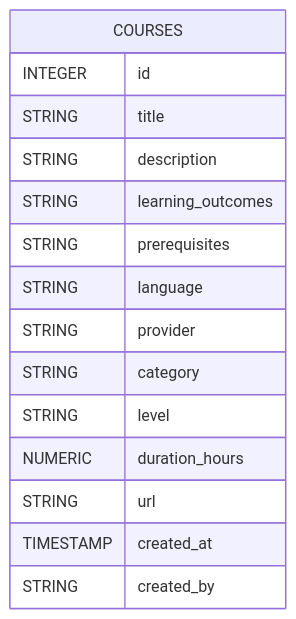
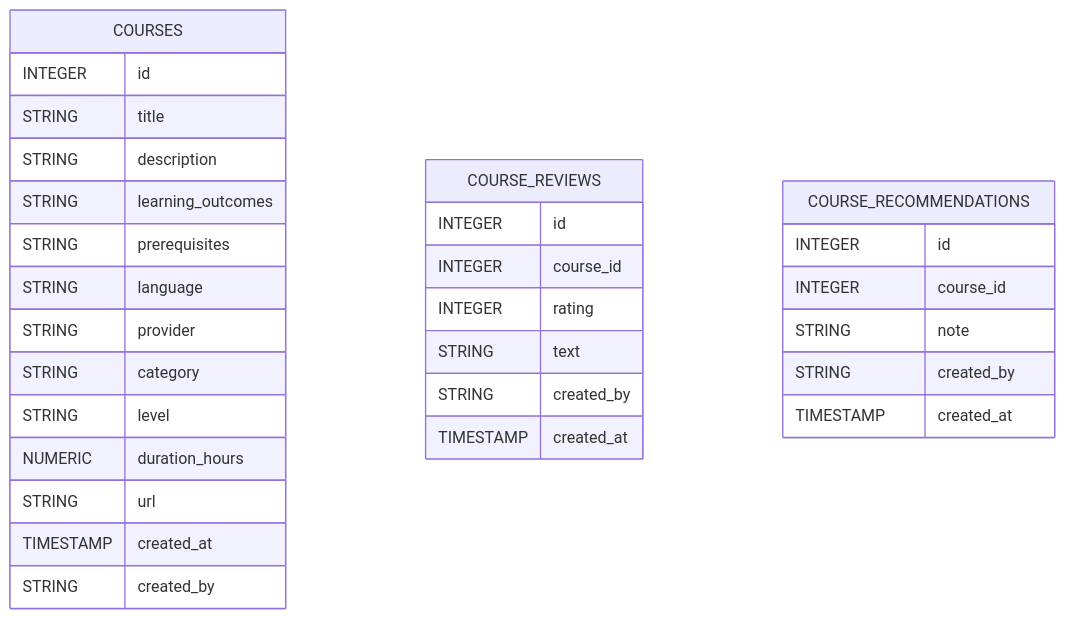
The seventh of 15 diagrams in docs/architecture_backend.md (JustinMelger/Upstream), drawn with Mermaid before and after one commit. The commit also changed other lines of this file and 58 other files, not shown here.

````diff
--- a/docs/architecture_backend.md
+++ b/docs/architecture_backend.md
@@ -260,18 +294,33 @@
 ```mermaid
 erDiagram
   COURSES {
     INTEGER id
     STRING title
     STRING description
     STRING learning_outcomes
     STRING prerequisites
     STRING language
     STRING provider
     STRING category
     STRING level
     NUMERIC duration_hours
     STRING url
     TIMESTAMP created_at
     STRING created_by
   }
+  COURSE_REVIEWS {
+    INTEGER id
+    INTEGER course_id
+    INTEGER rating
+    STRING text
+    STRING created_by
+    TIMESTAMP created_at
+  }
+  COURSE_RECOMMENDATIONS {
+    INTEGER id
+    INTEGER course_id
+    STRING note
+    STRING created_by
+    TIMESTAMP created_at
+  }
 ```
````
